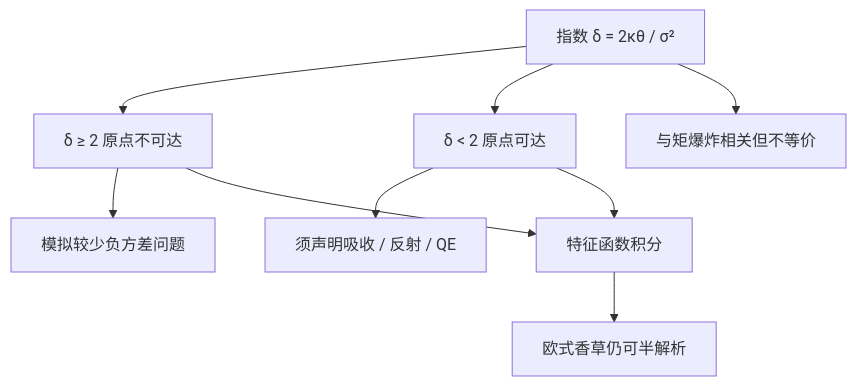
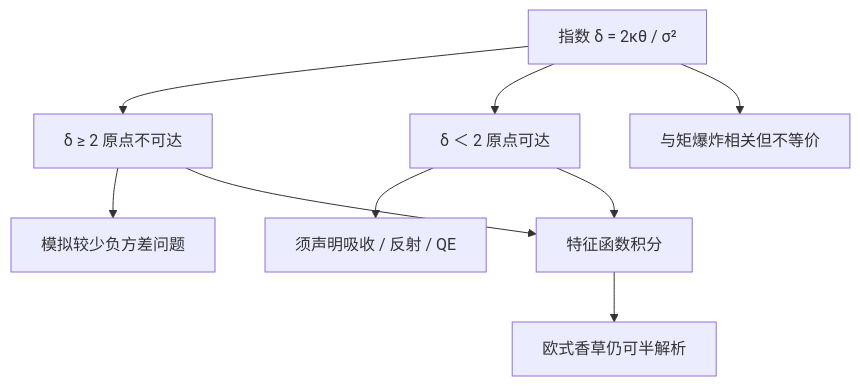
Before and after one commit to xhongduo-tech/xhongduo-tech.github.io: the diagram in docs/quant/heston-feller.md, drawn with Mermaid. The commit also changed other lines of this file and 772 other files, not shown here.

````diff
--- a/docs/quant/heston-feller.md
+++ b/docs/quant/heston-feller.md
@@ -48,11 +48,11 @@
 ```mermaid
 flowchart TD
   Delta["指数 δ = 2κθ / σ²"] --> Ge["δ ≥ 2 原点不可达"]
-  Delta --> Lt["δ < 2 原点可达"]
+  Delta --> Lt["δ ＜ 2 原点可达"]
   Ge --> Sim1["模拟较少负方差问题"]
   Lt --> Sim2["须声明吸收 / 反射 / QE"]
   Delta --> Mom["与矩爆炸相关但不等价"]
   CF["特征函数积分"] --> Price["欧式香草仍可半解析"]
   Lt --> CF
   Ge --> CF
 ```
````
